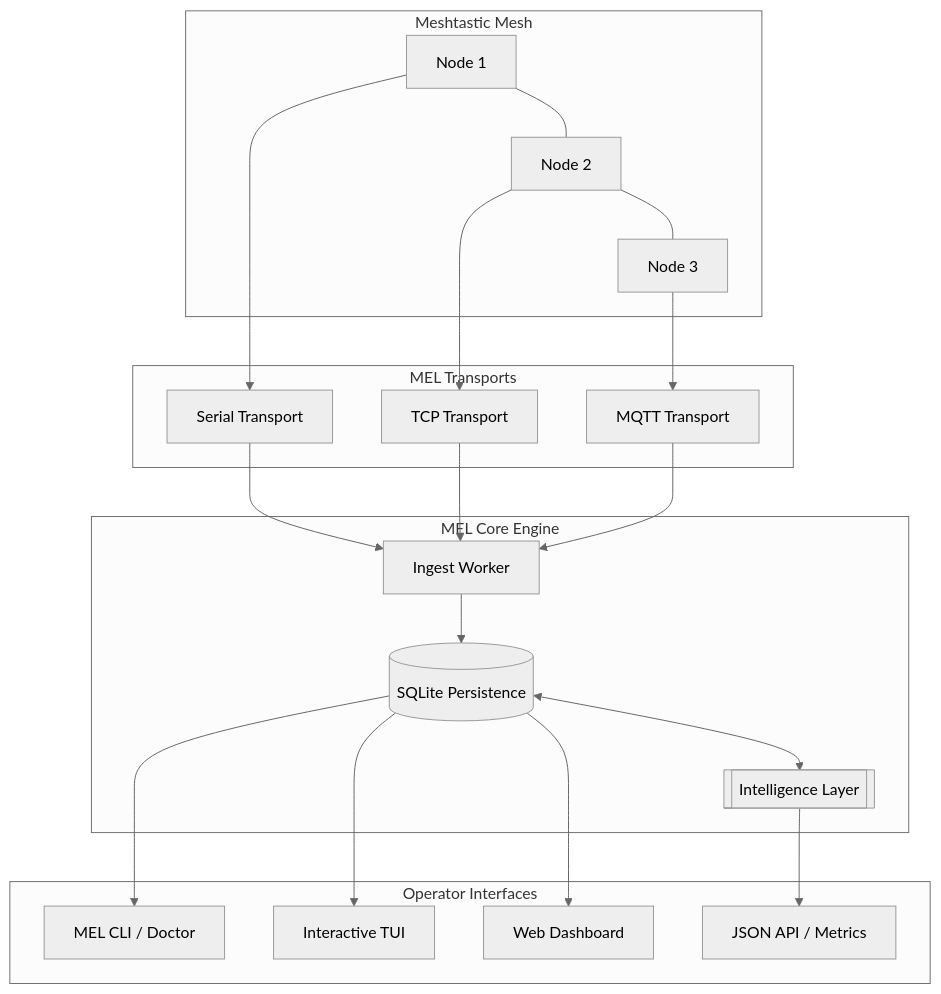
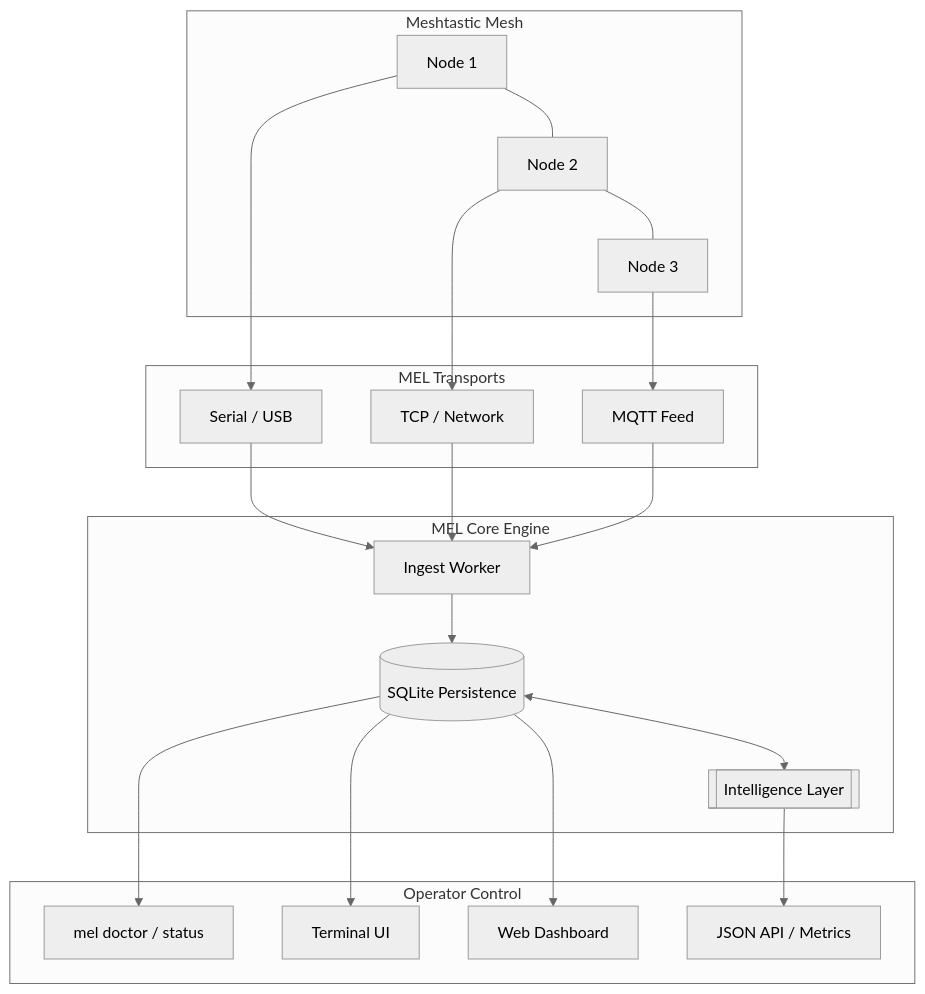
The diagram in README.md (Hardonian/MEL---MeshEdgeLayer), drawn with Mermaid (neutral theme) before and after one commit. The commit also changed other lines of this file and 4 other files, not shown here.

````diff
--- a/README.md
+++ b/README.md
@@ -35,41 +79,41 @@
 ```mermaid
 graph TD
     subgraph "Meshtastic Mesh"
         N1[Node 1] --- N2[Node 2]
         N2 --- N3[Node 3]
     end
 
     subgraph "MEL Transports"
-        SR[Serial Transport]
-        TC[TCP Transport]
-        MQ[MQTT Transport]
+        SR[Serial / USB]
+        TC[TCP / Network]
+        MQ[MQTT Feed]
     end
 
     subgraph "MEL Core Engine"
         IG[Ingest Worker]
         DB[(SQLite Persistence)]
         IL[[Intelligence Layer]]
     end
 
-    subgraph "Operator Interfaces"
-        CLI[MEL CLI / Doctor]
-        TUI[Interactive TUI]
+    subgraph "Operator Control"
+        CLI[mel doctor / status]
+        TUI[Terminal UI]
         WEB[Web Dashboard]
         API[JSON API / Metrics]
     end
 
     N1 --> SR
     N2 --> TC
     N3 --> MQ
 
     SR --> IG
     TC --> IG
     MQ --> IG
 
     IG --> DB
     DB <--> IL
     IL --> API
     DB --> CLI
     DB --> TUI
     DB --> WEB
 ```
````
